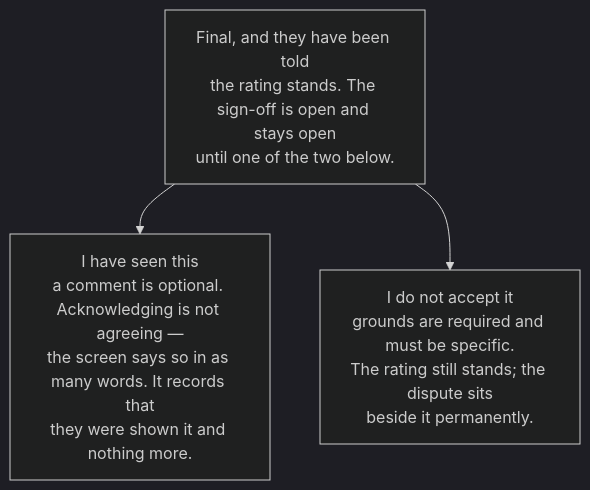
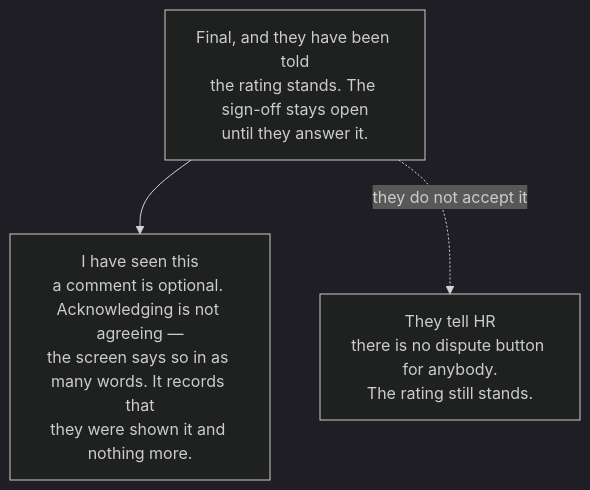
Before and after one commit to SchullGroup/approvehr-frontend-v2: the third of 3 diagrams in docs/walkthroughs/performance.md, drawn with Mermaid (dark theme). The commit also changed other lines of this file and 16 other files, not shown here.

````diff
--- a/docs/walkthroughs/performance.md
+++ b/docs/walkthroughs/performance.md
@@ -700,6 +774,6 @@
 ```mermaid
 flowchart TD
-  F["Final, and they have been told<br/>the rating stands. The sign-off is open and stays open<br/>until one of the two below."]
+  F["Final, and they have been told<br/>the rating stands. The sign-off stays open<br/>until they answer it."]
   F --> A["I have seen this<br/>a comment is optional. Acknowledging is not agreeing —<br/>the screen says so in as many words. It records that<br/>they were shown it and nothing more."]
-  F --> D["I do not accept it<br/>grounds are required and must be specific.<br/>The rating still stands; the dispute sits<br/>beside it permanently."]
+  F -. "they do not accept it" .-> D["They tell HR<br/>there is no dispute button for anybody.<br/>The rating still stands."]
 ```
````
